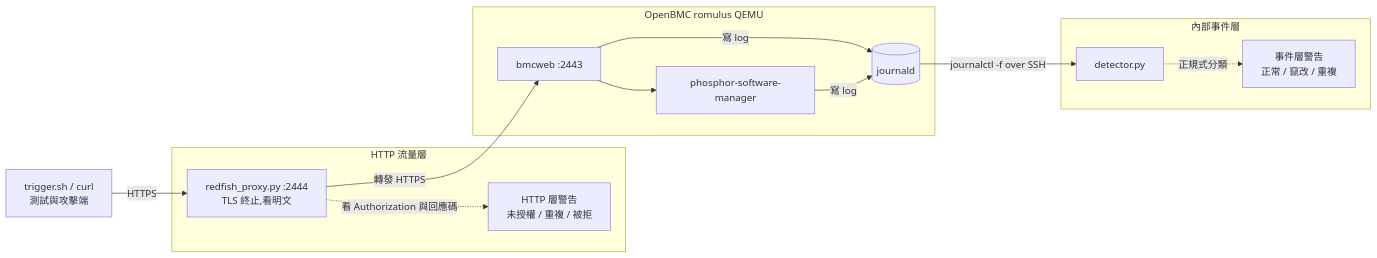
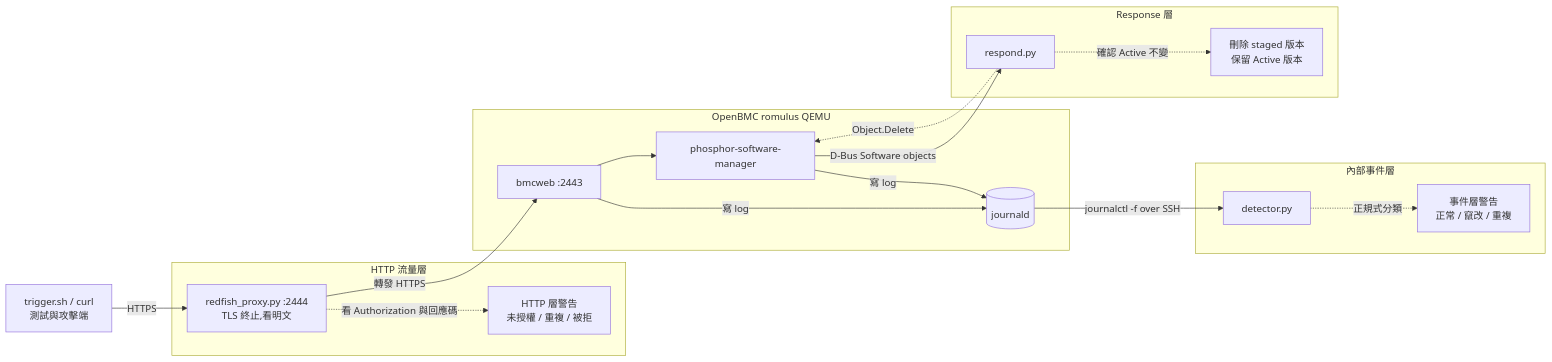
Before and after one commit to clare8151214/openbmc-fwupd-detector: the diagram in README.md, drawn with Mermaid. The commit also changed other lines of this file and 1 other file, not shown here.

Commit message:
add firmware response rollback helper

````diff
--- a/README.md
+++ b/README.md
@@ -60,29 +65,37 @@
 ```mermaid
 flowchart LR
     T["trigger.sh / curl<br/>測試與攻擊端"]
 
     subgraph HTTP["HTTP 流量層"]
         P["redfish_proxy.py :2444<br/>TLS 終止,看明文"]
         A1["HTTP 層警告<br/>未授權 / 重複 / 被拒"]
     end
 
     subgraph BMC["OpenBMC romulus QEMU"]
         W["bmcweb :2443"]
         S["phosphor-software-manager"]
         J[("journald")]
     end
 
     subgraph EVENT["內部事件層"]
         D["detector.py"]
         A2["事件層警告<br/>正常 / 竄改 / 重複"]
     end
 
+    subgraph RESP["Response 層"]
+        R["respond.py"]
+        A3["刪除 staged 版本<br/>保留 Active 版本"]
+    end
+
     T -->|HTTPS| P
     P -->|轉發 HTTPS| W
     P -.->|看 Authorization 與回應碼| A1
     W --> S
     W -->|寫 log| J
     S -->|寫 log| J
     J -->|journalctl -f over SSH| D
     D -.->|正規式分類| A2
+    S -->|D-Bus Software objects| R
+    R -.->|Object.Delete| S
+    R -.->|確認 Active 不變| A3
 ```
````
